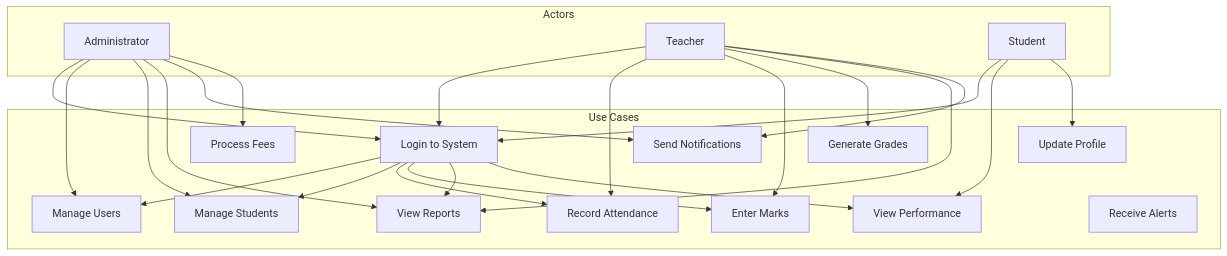
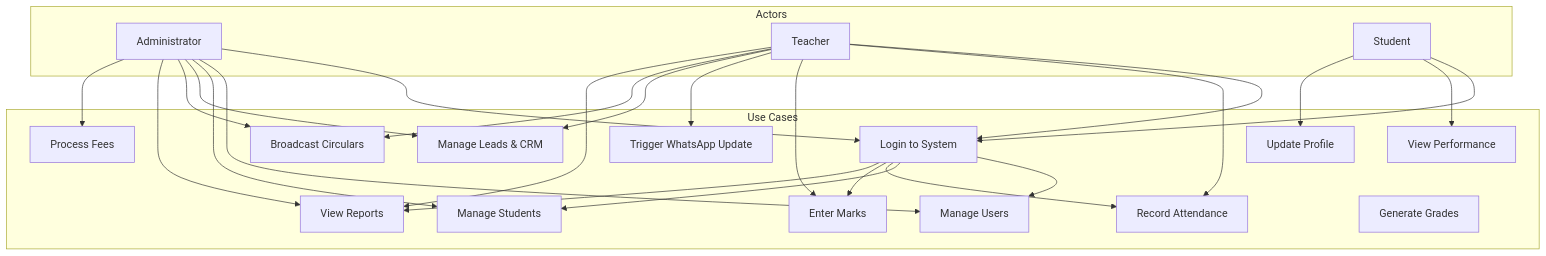
One commit to HONGKINGNIRMOND/AI-Enabled-CRM-System-for-School changed the second of 14 diagrams in docs/system_diagrams.md. Above: the diagram before and after it, drawn with Mermaid. The commit also changed other lines of this file and 3 other files, not shown here.

````diff
--- a/docs/system_diagrams.md
+++ b/docs/system_diagrams.md
@@ -57,48 +65,50 @@
 ```mermaid
 graph TD
     subgraph "Actors"
         Admin[Administrator]
         Teacher[Teacher]
         Student[Student]
     end
     
     subgraph "Use Cases"
         Login[Login to System]
         ManageUsers[Manage Users]
         ManageStudents[Manage Students]
         RecordAttendance[Record Attendance]
         EnterMarks[Enter Marks]
         ViewReports[View Reports]
+        TriggerWhatsApp[Trigger WhatsApp Update]
+        ManageCRM[Manage Leads & CRM]
+        BroadcastCirculars[Broadcast Circulars]
         GenerateGrades[Generate Grades]
-        SendNotifications[Send Notifications]
         ProcessFees[Process Fees]
         ViewPerformance[View Performance]
         UpdateProfile[Update Profile]
-        ReceiveAlerts[Receive Alerts]
     end
     
     Admin --> Login
     Admin --> ManageUsers
     Admin --> ManageStudents
+    Admin --> ManageCRM
+    Admin --> BroadcastCirculars
     Admin --> ViewReports
-    Admin --> SendNotifications
     Admin --> ProcessFees
     
     Teacher --> Login
     Teacher --> RecordAttendance
     Teacher --> EnterMarks
-    Teacher --> GenerateGrades
+    Teacher --> TriggerWhatsApp
+    Teacher --> ManageCRM
+    Teacher --> BroadcastCirculars
     Teacher --> ViewReports
-    Teacher --> SendNotifications
     
     Student --> Login
     Student --> ViewPerformance
     Student --> UpdateProfile
     
     Login --> ManageUsers
     Login --> ManageStudents
     Login --> RecordAttendance
     Login --> EnterMarks
     Login --> ViewReports
-    Login --> ViewPerformance
 ```
````
